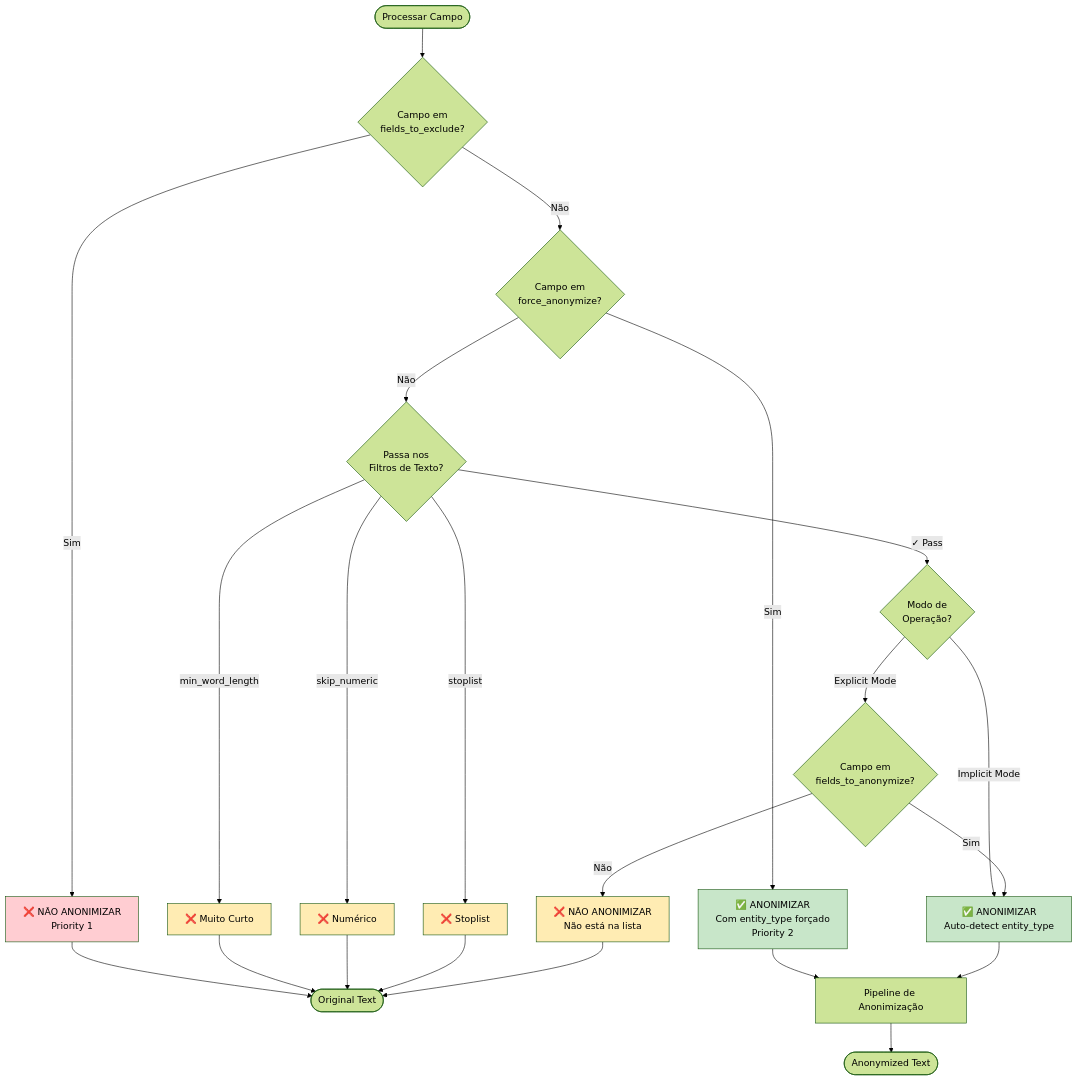
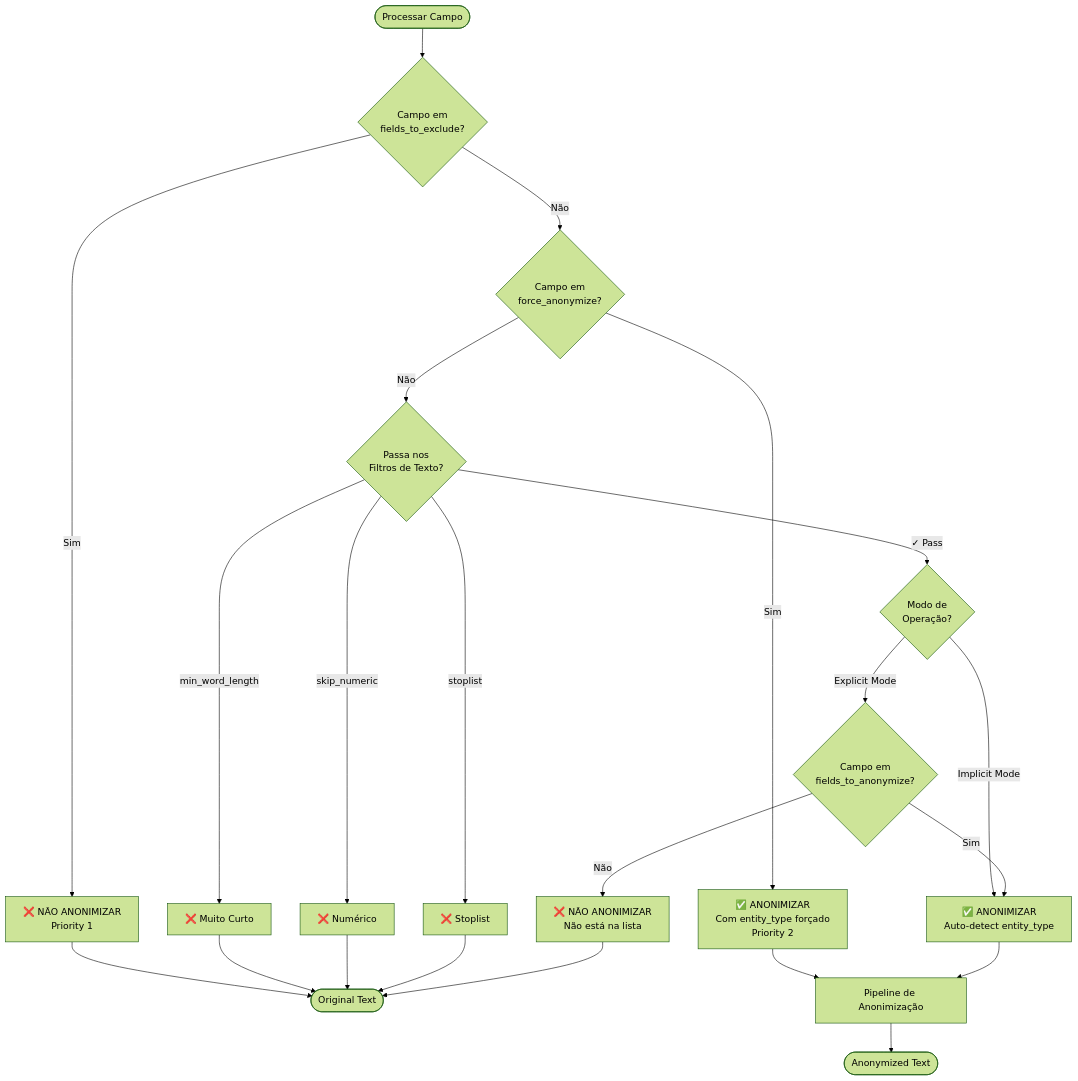
Before and after one commit to AnonShield/anonshield: the tenth of 24 diagrams in docs/diagrams.md, drawn with Mermaid (forest theme). The commit also changed other lines of this file, not shown here.

First line of the commit message:
Remove style definitions from diagrams

````diff
--- a/docs/diagrams.md
+++ b/docs/diagrams.md
@@ -533,33 +506,26 @@
 ```mermaid
 graph TD
     Start([Processar Campo]) --> CheckExclude{Campo em<br/>fields_to_exclude?}
     
     CheckExclude -->|Sim| Exclude[❌ NÃO ANONIMIZAR<br/>Priority 1]
     CheckExclude -->|Não| CheckForce{Campo em<br/>force_anonymize?}
     
     CheckForce -->|Sim| ForceAnon[✅ ANONIMIZAR<br/>Com entity_type forçado<br/>Priority 2]
     CheckForce -->|Não| CheckText{Passa nos<br/>Filtros de Texto?}
     
     CheckText -->|min_word_length| Reject1[❌ Muito Curto]
     CheckText -->|skip_numeric| Reject2[❌ Numérico]
     CheckText -->|stoplist| Reject3[❌ Stoplist]
     CheckText -->|✓ Pass| CheckMode{Modo de<br/>Operação?}
     
     CheckMode -->|Explicit Mode| CheckInclude{Campo em<br/>fields_to_anonymize?}
     CheckMode -->|Implicit Mode| AutoAnon[✅ ANONIMIZAR<br/>Auto-detect entity_type]
     
     CheckInclude -->|Sim| AutoAnon
     CheckInclude -->|Não| ImplicitSkip[❌ NÃO ANONIMIZAR<br/>Não está na lista]
     
     Exclude & Reject1 & Reject2 & Reject3 & ImplicitSkip --> End([Original Text])
     ForceAnon & AutoAnon --> AnonymizePipeline[Pipeline de Anonimização]
     AnonymizePipeline --> End2([Anonymized Text])
     
-    style Exclude fill:#ffcdd2
-    style ForceAnon fill:#c8e6c9
-    style AutoAnon fill:#c8e6c9
-    style Reject1 fill:#ffecb3
-    style Reject2 fill:#ffecb3
-    style Reject3 fill:#ffecb3
-    style ImplicitSkip fill:#ffecb3
 ```
````
